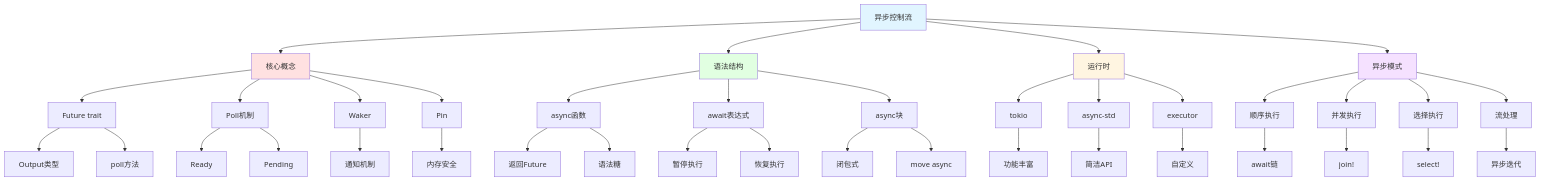
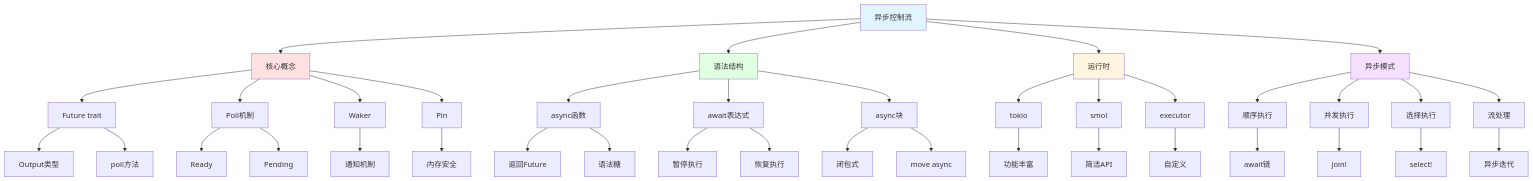
One commit to martin-ly/rust-lang changed diagram 11 of 18 in crates/c03_control_fn/docs/MIND_MAP.md. Above: the diagram before and after it, drawn with Mermaid. The commit also changed other lines of this file and 1463 other files, not shown here.

````diff
--- a/crates/c03_control_fn/docs/MIND_MAP.md
+++ b/crates/c03_control_fn/docs/MIND_MAP.md
@@ -708,58 +707,58 @@
 ```mermaid
 graph TB
     Root[异步控制流] --> Core[核心概念]
     Root --> Syntax[语法结构]
     Root --> Runtime[运行时]
     Root --> Patterns[异步模式]
 
     Core --> Future[Future trait]
     Core --> Poll[Poll机制]
     Core --> Waker[Waker]
     Core --> Pin[Pin]
 
     Future --> FutureOutput[Output类型]
     Future --> FuturePoll[poll方法]
 
     Poll --> PollReady[Ready]
     Poll --> PollPending[Pending]
 
     Waker --> WakerNotify[通知机制]
     Pin --> PinSafety[内存安全]
 
     Syntax --> Async[async函数]
     Syntax --> Await[await表达式]
     Syntax --> AsyncBlock[async块]
 
     Async --> AsyncReturn[返回Future]
     Async --> AsyncSugar[语法糖]
 
     Await --> AwaitSuspend[暂停执行]
     Await --> AwaitResume[恢复执行]
 
     AsyncBlock --> BlockCapture[闭包式]
     AsyncBlock --> BlockMove[move async]
 
     Runtime --> Tokio[tokio]
-    Runtime --> AsyncStd[async-std]
+    Runtime --> AsyncStd[smol]
     Runtime --> Executor[executor]
 
     Tokio --> TokioFeatures[功能丰富]
     AsyncStd --> StdSimple[简洁API]
     Executor --> ExecCustom[自定义]
 
     Patterns --> Sequential[顺序执行]
     Patterns --> Concurrent[并发执行]
     Patterns --> Select[选择执行]
     Patterns --> Stream[流处理]
 
     Sequential --> SeqAwait[await链]
     Concurrent --> ConcJoin[join!]
     Select --> SelectMacro[select!]
     Stream --> StreamAsync[异步迭代]
 
     style Root fill:#e1f5ff
     style Core fill:#ffe1e1
     style Syntax fill:#e1ffe1
     style Runtime fill:#fff5e1
     style Patterns fill:#f5e1ff
 ```
````
